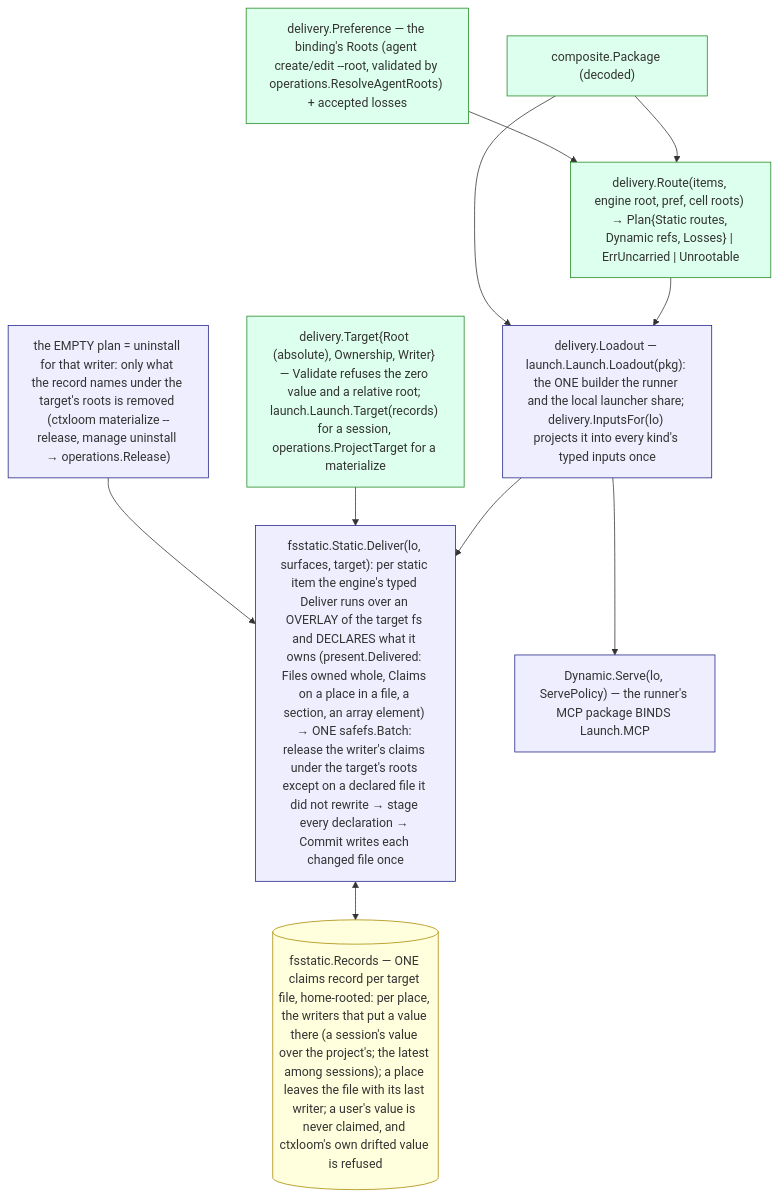
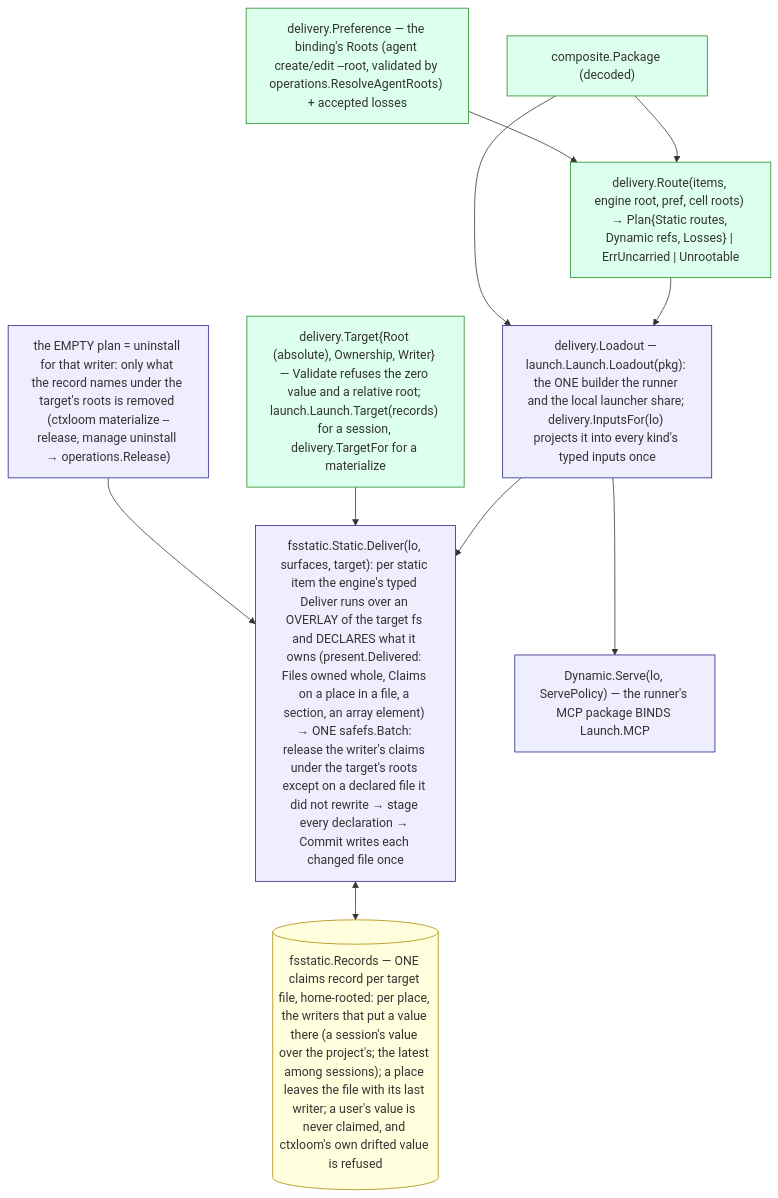
The diagram in docs/architecture/core/delivery.md (ctxloom/ctxloom), drawn with Mermaid before and after one commit. The commit also changed other lines of this file and 141 other files, not shown here.

First line of the commit message:
matdelete: ctxloom materialize is the one at-rest delivery

````diff
--- a/docs/architecture/core/delivery.md
+++ b/docs/architecture/core/delivery.md
@@ -12,26 +12,26 @@
 ```mermaid
 flowchart TB
     classDef decide fill:#dfe,stroke:#282
     classDef consume fill:#eef,stroke:#228
     classDef store fill:#ffd,stroke:#a80
 
     PKG["composite.Package (decoded)"]:::decide
     PREF["delivery.Preference — the binding's Roots (agent create/edit --root, validated by operations.ResolveAgentRoots) + accepted losses"]:::decide
     ROUTE["delivery.Route(items, engine root, pref, cell roots) → Plan{Static routes, Dynamic refs, Losses} | ErrUncarried | Unrootable"]:::decide
     LO["delivery.Loadout — launch.Launch.Loadout(pkg): the ONE builder the runner and the local launcher share; delivery.InputsFor(lo) projects it into every kind's typed inputs once"]:::consume
-    TGT["delivery.Target{Root (absolute), Ownership, Writer} — Validate refuses the zero value and a relative root; launch.Launch.Target(records) for a session, operations.ProjectTarget for a materialize"]:::decide
+    TGT["delivery.Target{Root (absolute), Ownership, Writer} — Validate refuses the zero value and a relative root; launch.Launch.Target(records) for a session, delivery.TargetFor for a materialize"]:::decide
     STATIC["fsstatic.Static.Deliver(lo, surfaces, target): per static item the engine's typed Deliver runs over an OVERLAY of the target fs and DECLARES what it owns (present.Delivered: Files owned whole, Claims on a place in a file, a section, an array element) → ONE safefs.Batch: release the writer's claims under the target's roots except on a declared file it did not rewrite → stage every declaration → Commit writes each changed file once"]:::consume
     REC[("fsstatic.Records — ONE claims record per target file, home-rooted: per place, the writers that put a value there (a session's value over the project's; the latest among sessions); a place leaves the file with its last writer; a user's value is never claimed, and ctxloom's own drifted value is refused")]:::store
     DYN["Dynamic.Serve(lo, ServePolicy) — the runner's MCP package BINDS Launch.MCP"]:::consume
     EMPTY["the EMPTY plan = uninstall for that writer: only what the record names under the target's roots is removed (ctxloom materialize --release, manage uninstall → operations.Release)"]:::consume
 
     PKG --> ROUTE
     PREF --> ROUTE
     ROUTE --> LO
     PKG --> LO
     LO --> STATIC
     TGT --> STATIC
     STATIC <--> REC
     LO --> DYN
     EMPTY --> STATIC
 ```
````
